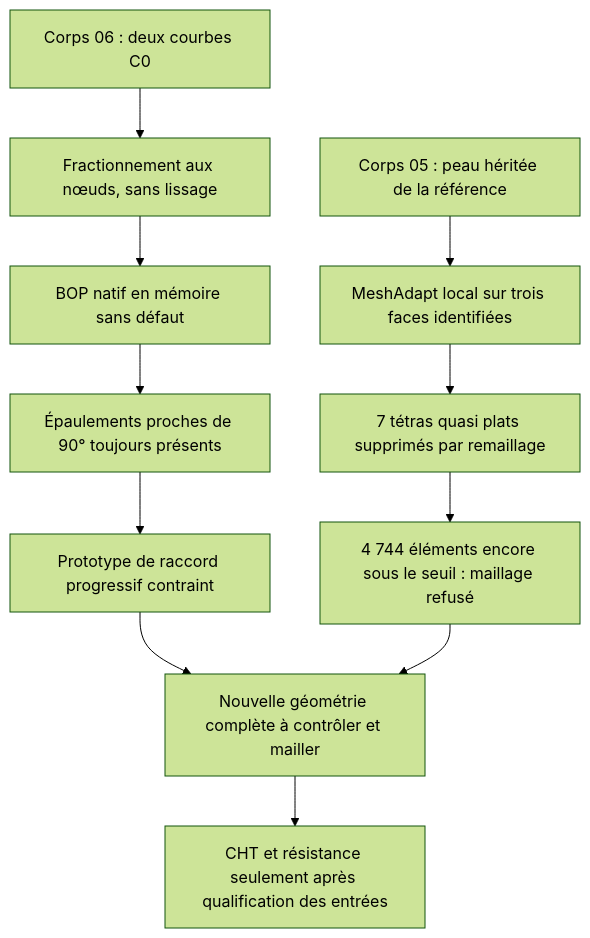
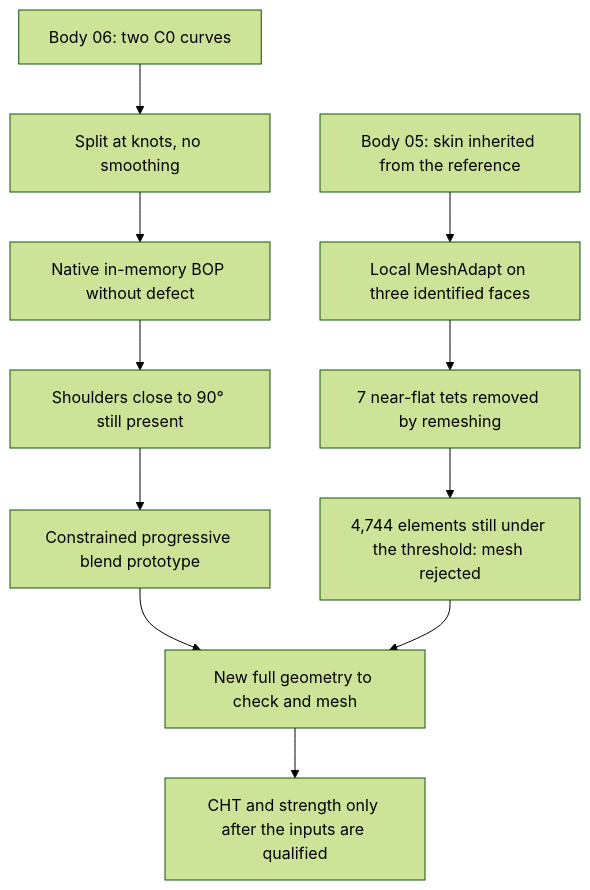
The diagram in docs/reports/M64_LOCAL_MESH_AND_JUNCTION_FOLLOWUP_20260907.md (cluster2600/porscheparts), drawn with Mermaid (forest theme) before and after one commit. The commit also changed other lines of this file and 228 other files, not shown here.

````diff
--- a/docs/reports/M64_LOCAL_MESH_AND_JUNCTION_FOLLOWUP_20260907.md
+++ b/docs/reports/M64_LOCAL_MESH_AND_JUNCTION_FOLLOWUP_20260907.md
@@ -82,13 +83,13 @@
 ```mermaid
 flowchart TD
-    A["Corps 05 : peau héritée de la référence"] --> B["MeshAdapt local sur trois faces identifiées"]
-    B --> C["7 tétras quasi plats supprimés par remaillage"]
-    C --> D["4 744 éléments encore sous le seuil : maillage refusé"]
-    E["Corps 06 : deux courbes C0"] --> F["Fractionnement aux nœuds, sans lissage"]
-    F --> G["BOP natif en mémoire sans défaut"]
-    G --> H["Épaulements proches de 90° toujours présents"]
-    H --> I["Prototype de raccord progressif contraint"]
-    I --> J["Nouvelle géométrie complète à contrôler et mailler"]
+    A["Body 05: skin inherited from the reference"] --> B["Local MeshAdapt on three identified faces"]
+    B --> C["7 near-flat tets removed by remeshing"]
+    C --> D["4,744 elements still under the threshold: mesh rejected"]
+    E["Body 06: two C0 curves"] --> F["Split at knots, no smoothing"]
+    F --> G["Native in-memory BOP without defect"]
+    G --> H["Shoulders close to 90° still present"]
+    H --> I["Constrained progressive blend prototype"]
+    I --> J["New full geometry to check and mesh"]
     D --> J
-    J --> K["CHT et résistance seulement après qualification des entrées"]
+    J --> K["CHT and strength only after the inputs are qualified"]
 ```
````
